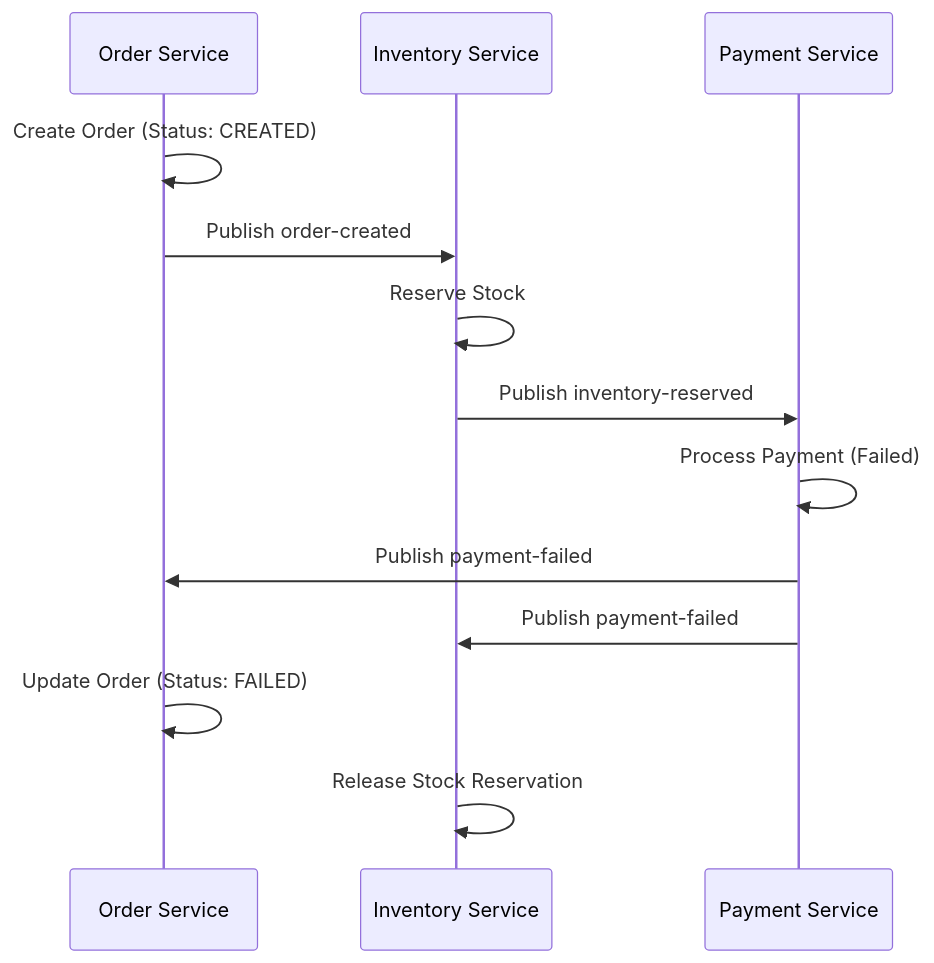
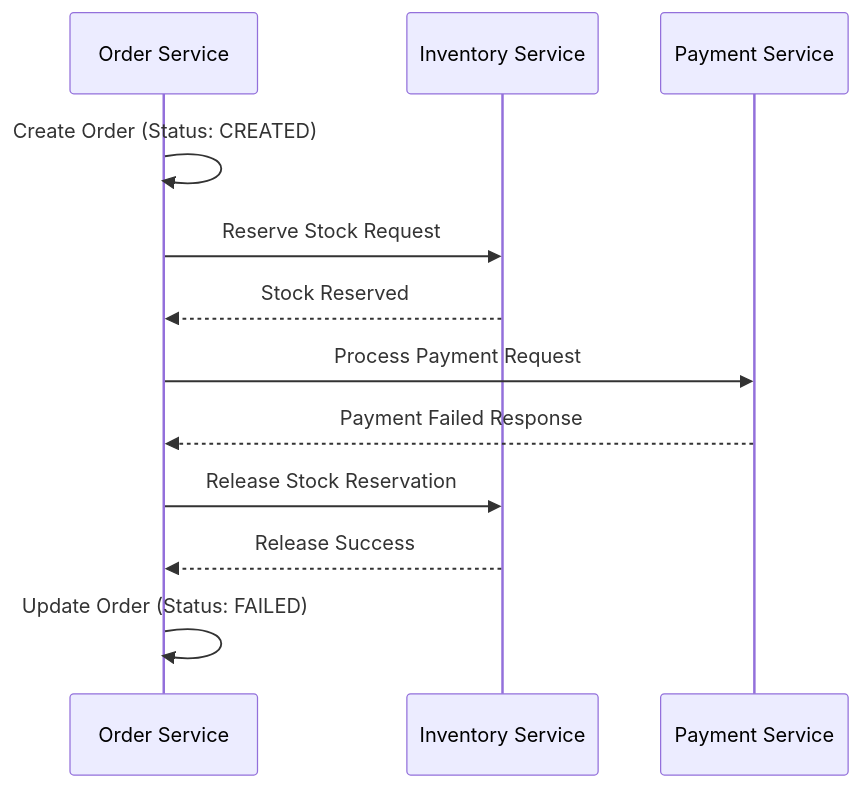
The third of 3 diagrams in README.md (aniket5761/ecom-microservice), drawn with Mermaid before and after one commit. The commit also changed other lines of this file, not shown here.

````diff
--- a/README.md
+++ b/README.md
@@ -88,16 +78,15 @@
 ```mermaid
 sequenceDiagram
     participant OS as Order Service
     participant IS as Inventory Service
     participant PS as Payment Service
     
     OS->>OS: Create Order (Status: CREATED)
-    OS->>IS: Publish order-created
-    IS->>IS: Reserve Stock
-    IS->>PS: Publish inventory-reserved
-    PS->>PS: Process Payment (Failed)
-    PS->>OS: Publish payment-failed
-    PS->>IS: Publish payment-failed
+    OS->>IS: Reserve Stock Request
+    IS-->>OS: Stock Reserved
+    OS->>PS: Process Payment Request
+    PS-->>OS: Payment Failed Response
+    OS->>IS: Release Stock Reservation
+    IS-->>OS: Release Success
     OS->>OS: Update Order (Status: FAILED)
-    IS->>IS: Release Stock Reservation
 ```
````
